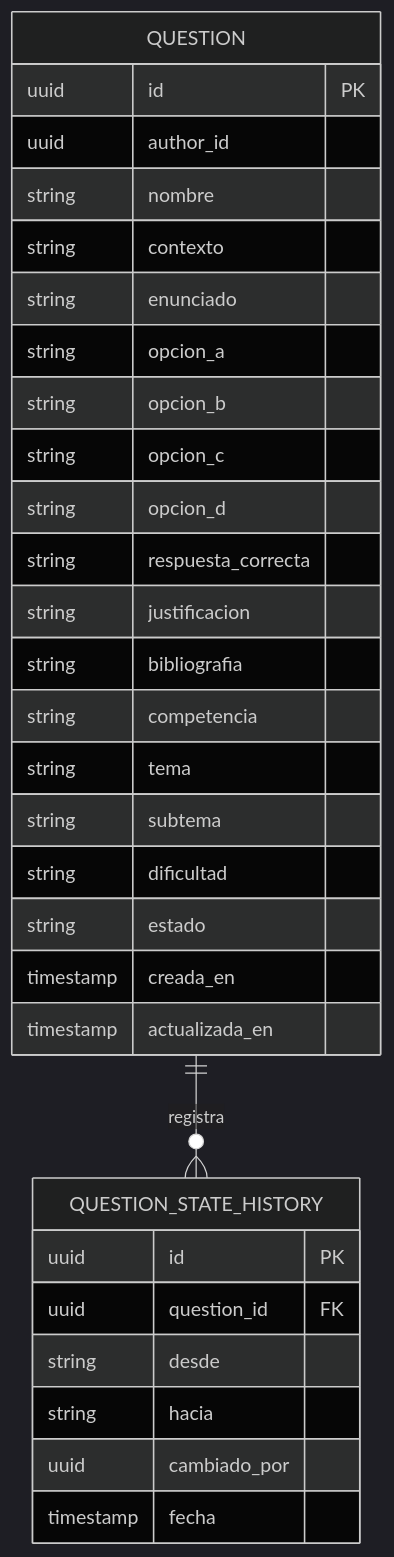
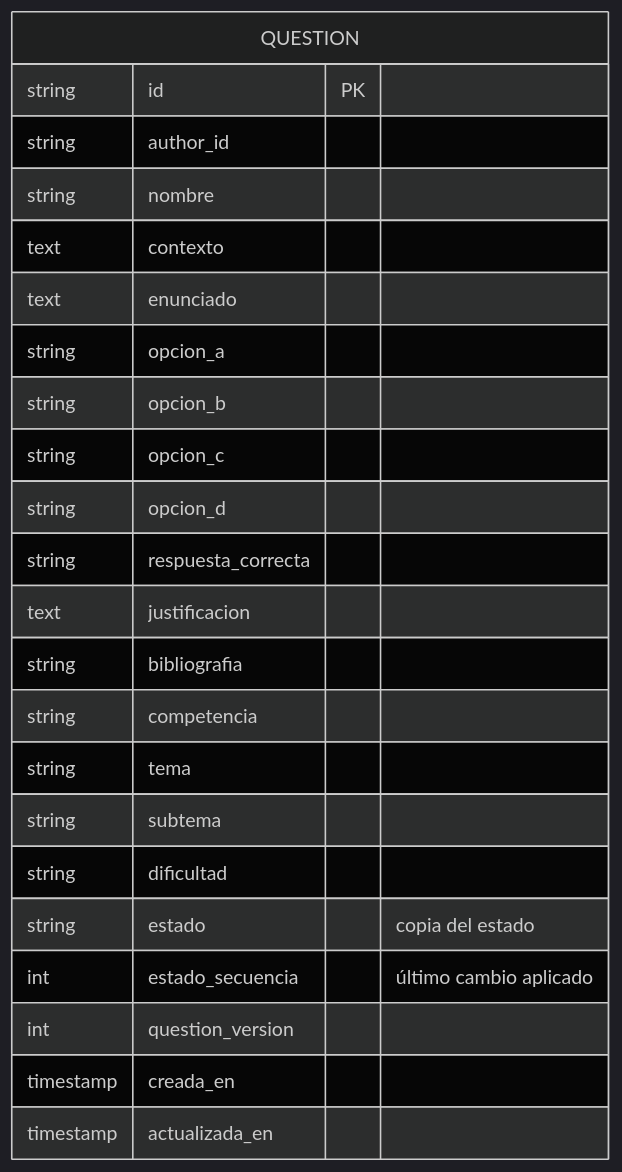
Diagram 16 of 27 in docs/corte-2/03-arquitectura-c4-uml.md (DVLASZ/banco-preguntas-saberpro), drawn with Mermaid (dark theme) before and after one commit. The commit also changed other lines of this file and 83 other files, not shown here.

Commit message:
Documentación de la arquitectura de 14 servicios: historias, contextos y eventos, C4, patrones y prototipos, con todos los diagramas

````diff
--- a/docs/corte-2/03-arquitectura-c4-uml.md
+++ b/docs/corte-2/03-arquitectura-c4-uml.md
@@ -269,33 +532,26 @@
 ```mermaid
 erDiagram
-  QUESTION ||--o{ QUESTION_STATE_HISTORY : registra
   QUESTION {
-    uuid id PK
-    uuid author_id
+    string id PK
+    string author_id
     string nombre
-    string contexto
-    string enunciado
+    text contexto
+    text enunciado
     string opcion_a
     string opcion_b
     string opcion_c
     string opcion_d
     string respuesta_correcta
-    string justificacion
+    text justificacion
     string bibliografia
     string competencia
     string tema
     string subtema
     string dificultad
-    string estado
+    string estado "copia del estado"
+    int estado_secuencia "último cambio aplicado"
+    int question_version
     timestamp creada_en
     timestamp actualizada_en
   }
-  QUESTION_STATE_HISTORY {
-    uuid id PK
-    uuid question_id FK
-    string desde
-    string hacia
-    uuid cambiado_por
-    timestamp fecha
-  }
 ```
````
